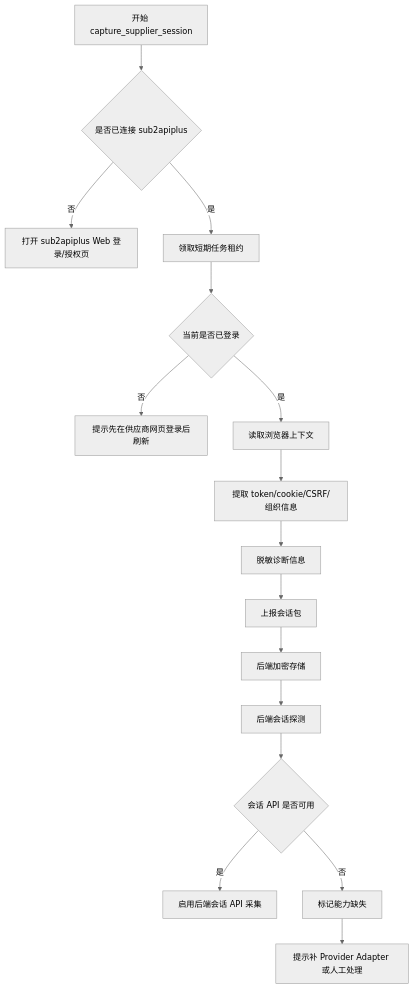
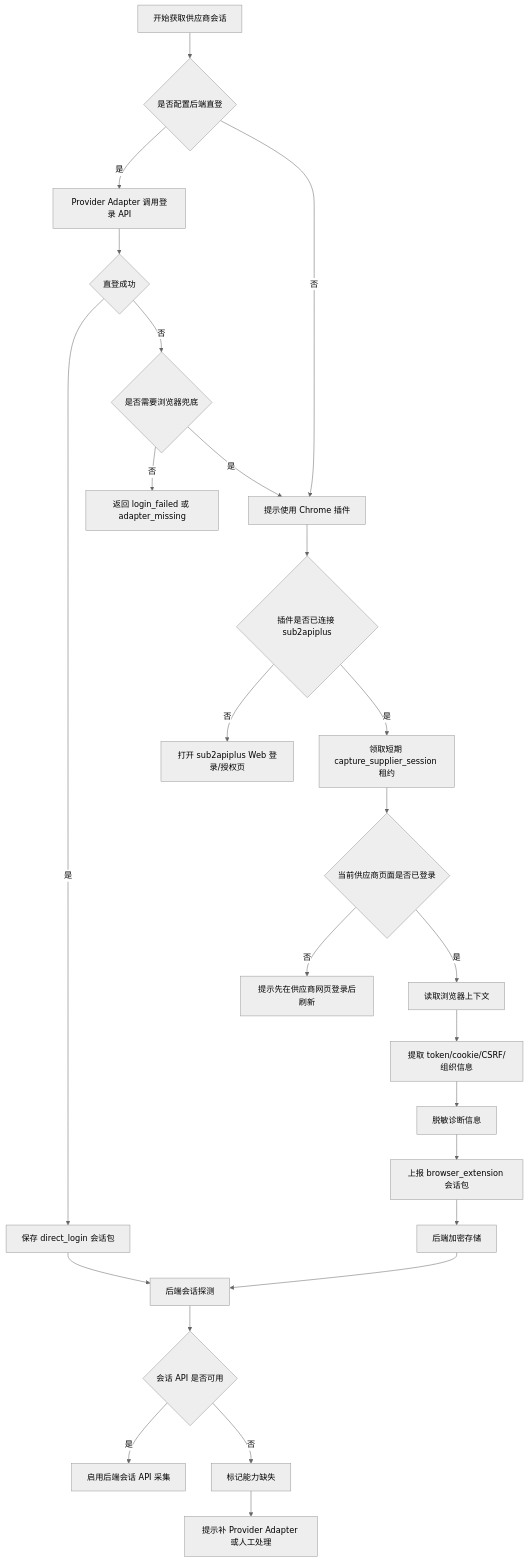
One commit to openrelayllm/sub2api-admin-plus changed the eighth of 9 diagrams in docs/roadmap/Chrome/README.md. Above: the diagram before and after it, drawn with Mermaid (neutral theme). The commit also changed other lines of this file and 79 other files, not shown here.

````diff
--- a/docs/roadmap/Chrome/README.md
+++ b/docs/roadmap/Chrome/README.md
@@ -435,18 +490,27 @@
 ```mermaid
 flowchart TD
-  A[开始 capture_supplier_session] --> A1{是否已连接 sub2apiplus}
-  A1 -->|否| A2[打开 sub2apiplus Web 登录/授权页]
-  A1 -->|是| B[领取短期任务租约]
-  B --> C{当前是否已登录}
-  C -->|否| G[提示先在供应商网页登录后刷新]
-  C -->|是| H[读取浏览器上下文]
-  H --> I[提取 token/cookie/CSRF/组织信息]
-  I --> J[脱敏诊断信息]
-  J --> K[上报会话包]
-  K --> L[后端加密存储]
-  L --> M[后端会话探测]
-  M --> N{会话 API 是否可用}
-  N -->|是| O[启用后端会话 API 采集]
-  N -->|否| P[标记能力缺失]
-  P --> Q[提示补 Provider Adapter 或人工处理]
+  A[开始获取供应商会话] --> B{是否配置后端直登}
+  B -->|是| C[Provider Adapter 调用登录 API]
+  C --> D{直登成功}
+  D -->|是| E[保存 direct_login 会话包]
+  D -->|否| F{是否需要浏览器兜底}
+  F -->|否| G[返回 login_failed 或 adapter_missing]
+  F -->|是| H[提示使用 Chrome 插件]
+  B -->|否| H
+  H --> H1{插件是否已连接 sub2apiplus}
+  H1 -->|否| H2[打开 sub2apiplus Web 登录/授权页]
+  H1 -->|是| I[领取短期 capture_supplier_session 租约]
+  I --> J{当前供应商页面是否已登录}
+  J -->|否| K[提示先在供应商网页登录后刷新]
+  J -->|是| L[读取浏览器上下文]
+  L --> M[提取 token/cookie/CSRF/组织信息]
+  M --> N[脱敏诊断信息]
+  N --> O[上报 browser_extension 会话包]
+  O --> P[后端加密存储]
+  E --> Q[后端会话探测]
+  P --> Q
+  Q --> R{会话 API 是否可用}
+  R -->|是| S[启用后端会话 API 采集]
+  R -->|否| T[标记能力缺失]
+  T --> U[提示补 Provider Adapter 或人工处理]
 ```
````
